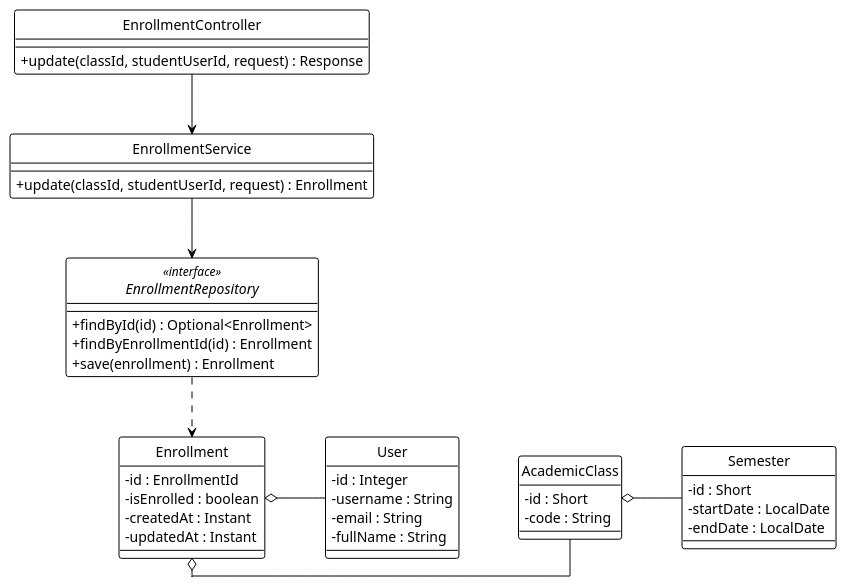
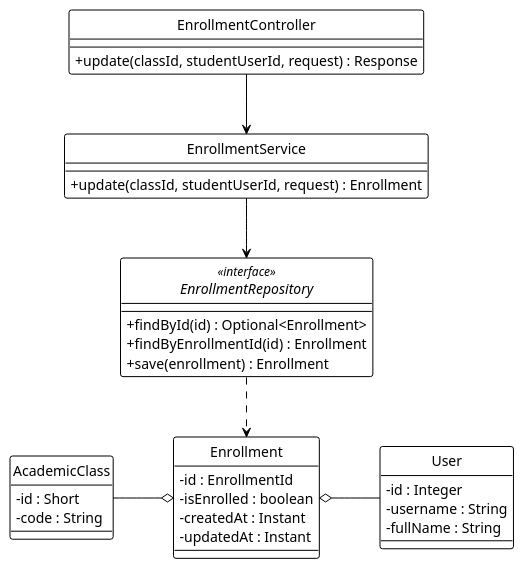
One commit to Ndh474/context changed the diagram in system_detailed_design/31_unenroll_student_from_class/class_diagram_unenroll_student_from_class.puml. Above: the diagram before and after it, drawn with PlantUML. The commit also changed 17 other files, not shown here.

```diff
--- a/system_detailed_design/31_unenroll_student_from_class/class_diagram_unenroll_student_from_class.puml
+++ b/system_detailed_design/31_unenroll_student_from_class/class_diagram_unenroll_student_from_class.puml
@@ -1,66 +1,58 @@
 @startuml unenroll_student_from_class
 !theme plain
 hide circle
 skinparam classAttributeIconSize 0
 
 ' --- CẤU HÌNH "ORTHO" (BẮT BUỘC) ---
 skinparam linetype ortho
 skinparam nodesep 60
 skinparam ranksep 60
 
 ' --- CONTROLLER ---
 class EnrollmentController {
   + update(classId, studentUserId, request) : Response
 }
 
 ' --- SERVICE ---
 class EnrollmentService {
   + update(classId, studentUserId, request) : Enrollment
 }
 
 ' --- REPOSITORY ---
 interface EnrollmentRepository <<interface>> {
   + findById(id) : Optional<Enrollment>
   + findByEnrollmentId(id) : Enrollment
   + save(enrollment) : Enrollment
 }
 
 ' --- ENTITIES ---
 class Enrollment {
   - id : EnrollmentId
   - isEnrolled : boolean
   - createdAt : Instant
   - updatedAt : Instant
 }
 
 class AcademicClass {
   - id : Short
   - code : String
 }
 
-class Semester {
-  - id : Short
-  - startDate : LocalDate
-  - endDate : LocalDate
-}
-
 class User {
   - id : Integer
   - username : String
-  - email : String
   - fullName : String
 }
 
 ' --- DEPENDENCY INJECTION (Association) ---
 EnrollmentController -down-> EnrollmentService
 EnrollmentService -down-> EnrollmentRepository
 
 ' --- REPOSITORY USAGE (Dependency) ---
 EnrollmentRepository .down.> Enrollment
 
 ' --- ENTITY RELATIONSHIPS (Aggregation) ---
-Enrollment o-right- AcademicClass
+Enrollment o-left- AcademicClass
 Enrollment o-right- User
-AcademicClass o-right- Semester
 
 @enduml
```
